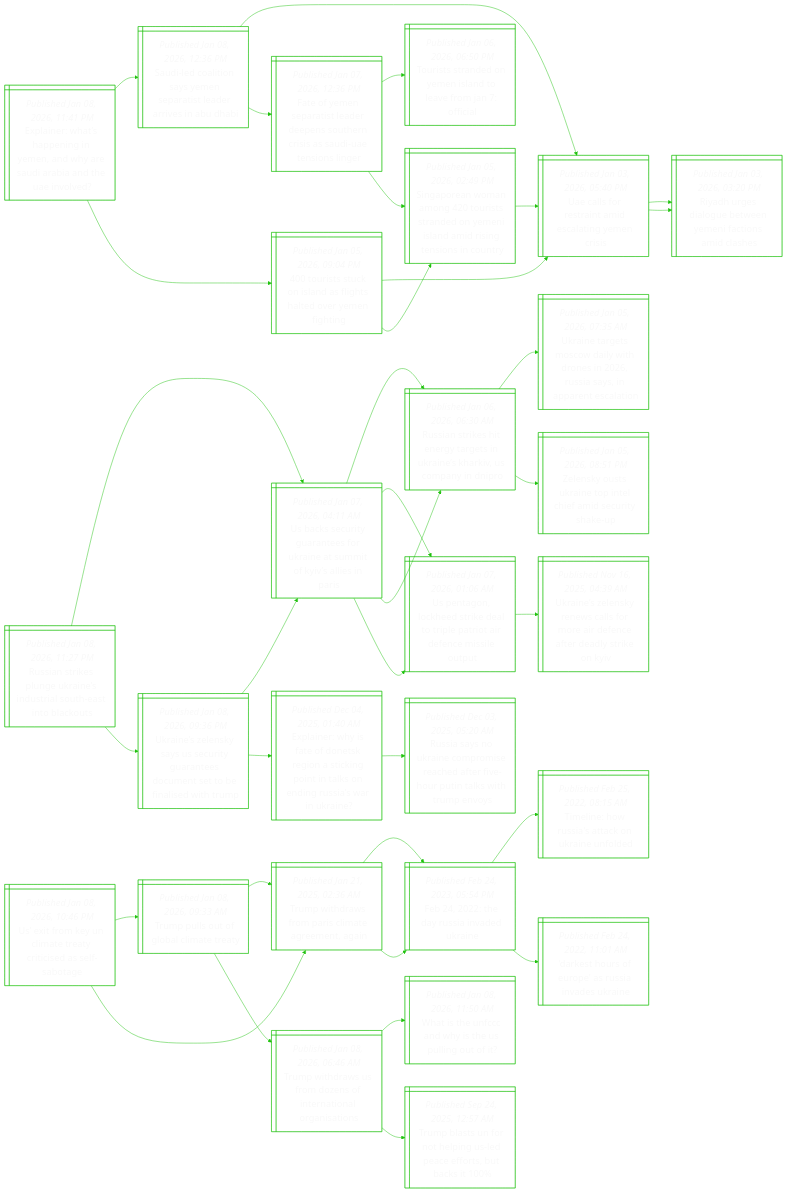
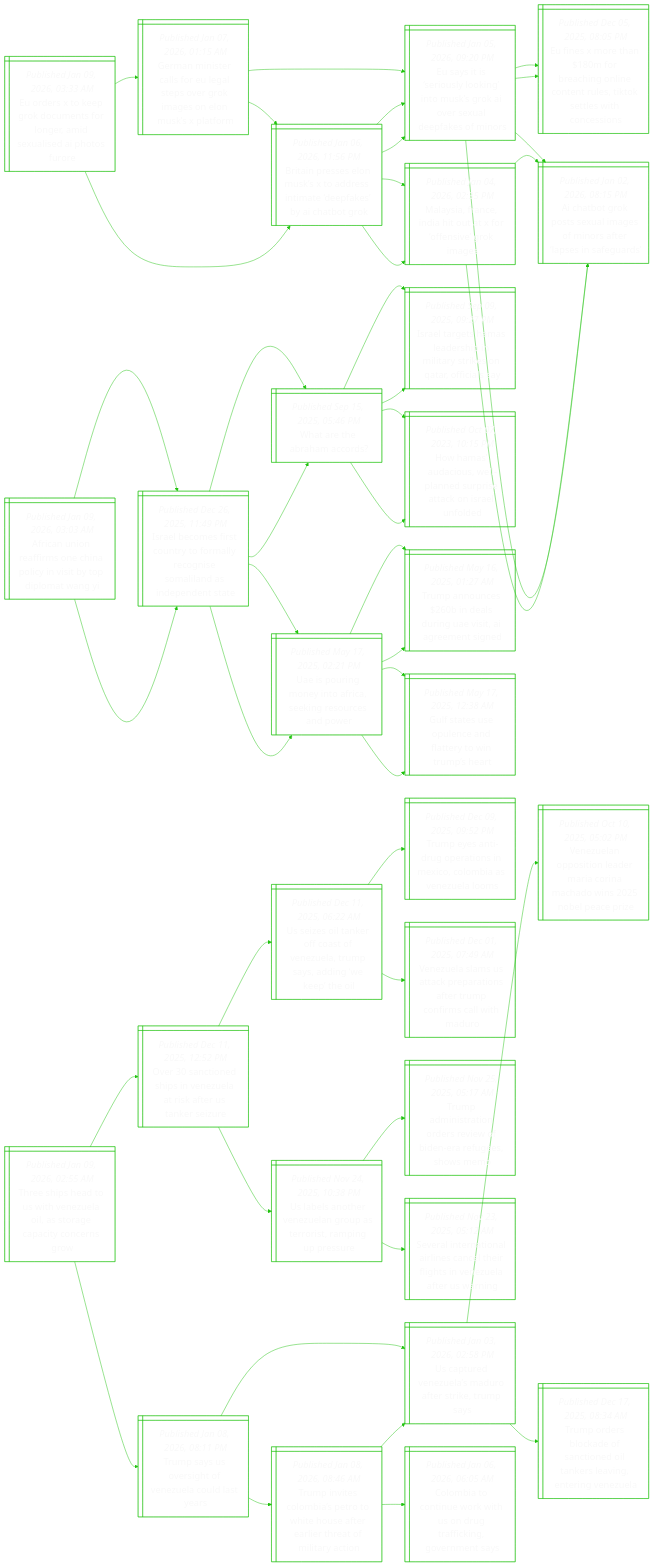
Before and after one commit to notJmes/notJmes: the diagram in README.md, drawn with Mermaid. The commit also changed other lines of this file, not shown here.

````diff
--- a/README.md
+++ b/README.md
@@ -16,115 +16,142 @@
 flowchart LR
 classDef txtsize font-size:20px;
 
-EihaiYayaraene@{ shape: win-pane, label: "_Published Jan 08, 2026, 11:41 PM_
-Explainer: what’s happening in yemen, and why are saudi arabia and the uae involved?" }
-Slaosnrteinh@{ shape: win-pane, label: "_Published Jan 08, 2026, 12:36 PM_
-Saudi-led coalition says yemen separatist leader arrives in abu dhabi" }
-Ulrraster@{ shape: win-pane, label: "_Published Jan 03, 2026, 05:40 PM_
-Uae calls for restraint amid escalating yemen crisis" }
-Rhsoenntals@{ shape: win-pane, label: "_Published Jan 03, 2026, 03:20 PM_
-Riyadh urges dialogue between yemeni factions amid clashes" }
-FfnrteporsSUnse@{ shape: win-pane, label: "_Published Jan 07, 2026, 12:36 PM_
-Fate of yemen separatist leader deepens southern crisis as saudi-uae tensions linger" }
-TsrdmloeJfl@{ shape: win-pane, label: "_Published Jan 06, 2026, 06:50 PM_
-Tourists stranded on yemen island to leave from jan 7: official" }
-Spnngiteeidrgint@{ shape: win-pane, label: "_Published Jan 05, 2026, 02:49 PM_
-Singaporean woman among 420 tourists stranded on yemeni island amid rising tensions in country" }
-tsuidihdYfi@{ shape: win-pane, label: "_Published Jan 05, 2026, 09:04 PM_
-400 tourists stuck on island as flights halted over yemen fighting" }
-Ulrraster@{ shape: win-pane, label: "_Published Jan 03, 2026, 05:40 PM_
-Uae calls for restraint amid escalating yemen crisis" }
-Rhsoenntals@{ shape: win-pane, label: "_Published Jan 03, 2026, 03:20 PM_
-Riyadh urges dialogue between yemeni factions amid clashes" }
-Spnngiteeidrgint@{ shape: win-pane, label: "_Published Jan 05, 2026, 02:49 PM_
-Singaporean woman among 420 tourists stranded on yemeni island amid rising tensions in country" }
-Ulrraster@{ shape: win-pane, label: "_Published Jan 03, 2026, 05:40 PM_
-Uae calls for restraint amid escalating yemen crisis" }
+EeoGonredadou@{ shape: win-pane, label: "_Published Jan 09, 2026, 03:33 AM_
+Eu orders x to keep grok documents for longer, amid sexualised ai photos furore" }
+Bislsoetefbht@{ shape: win-pane, label: "_Published Jan 06, 2026, 11:56 PM_
+Britain presses elon musk’s x to address  intimate ‘deepfakes’ by ai chatbot grok" }
+EssuogMGIslfoo@{ shape: win-pane, label: "_Published Jan 05, 2026, 09:20 PM_
+Eu says it is ‘seriously looking’ into musk’s grok ai over sexual deepfakes of minors" }
+Atrsxmootpngs@{ shape: win-pane, label: "_Published Jan 02, 2026, 08:15 PM_
+Ai chatbot grok posts sexual images of minors after ‘lapses in safeguards’" }
+EernbhncneTtwos@{ shape: win-pane, label: "_Published Dec 05, 2025, 08:05 PM_
+Eu fines x more than $180m for breaching online content rules, tiktok settles with concessions" }
+MsaniarnGm@{ shape: win-pane, label: "_Published Jan 04, 2026, 02:35 PM_
+Malaysia, france, india hit out at x for ‘offensive’ grok images" }
+Atrsxmootpngs@{ shape: win-pane, label: "_Published Jan 02, 2026, 08:15 PM_
+Ai chatbot grok posts sexual images of minors after ‘lapses in safeguards’" }
+Atrsxmootpngs@{ shape: win-pane, label: "_Published Jan 02, 2026, 08:15 PM_
+Ai chatbot grok posts sexual images of minors after ‘lapses in safeguards’" }
+GnsaoetvogEupo@{ shape: win-pane, label: "_Published Jan 07, 2026, 01:15 AM_
+German minister calls for eu legal steps over grok images on elon musk’s x platform" }
+Bislsoetefbht@{ shape: win-pane, label: "_Published Jan 06, 2026, 11:56 PM_
+Britain presses elon musk’s x to address  intimate ‘deepfakes’ by ai chatbot grok" }
+EssuogMGIslfoo@{ shape: win-pane, label: "_Published Jan 05, 2026, 09:20 PM_
+Eu says it is ‘seriously looking’ into musk’s grok ai over sexual deepfakes of minors" }
+MsaniarnGm@{ shape: win-pane, label: "_Published Jan 04, 2026, 02:35 PM_
+Malaysia, france, india hit out at x for ‘offensive’ grok images" }
+EssuogMGIslfoo@{ shape: win-pane, label: "_Published Jan 05, 2026, 09:20 PM_
+Eu says it is ‘seriously looking’ into musk’s grok ai over sexual deepfakes of minors" }
+Atrsxmootpngs@{ shape: win-pane, label: "_Published Jan 02, 2026, 08:15 PM_
+Ai chatbot grok posts sexual images of minors after ‘lapses in safeguards’" }
+EernbhncneTtwos@{ shape: win-pane, label: "_Published Dec 05, 2025, 08:05 PM_
+Eu fines x more than $180m for breaching online content rules, tiktok settles with concessions" }
 
-EihaiYayaraene:::txtsize --> Slaosnrteinh:::txtsize
-Slaosnrteinh:::txtsize --> Ulrraster:::txtsize
-Ulrraster:::txtsize --> Rhsoenntals:::txtsize
-Slaosnrteinh:::txtsize --> FfnrteporsSUnse:::txtsize
-FfnrteporsSUnse:::txtsize --> TsrdmloeJfl:::txtsize
-FfnrteporsSUnse:::txtsize --> Spnngiteeidrgint:::txtsize
-EihaiYayaraene:::txtsize --> tsuidihdYfi:::txtsize
-tsuidihdYfi:::txtsize --> Ulrraster:::txtsize
-Ulrraster:::txtsize --> Rhsoenntals:::txtsize
-tsuidihdYfi:::txtsize --> Spnngiteeidrgint:::txtsize
-Spnngiteeidrgint:::txtsize --> Ulrraster:::txtsize
+EeoGonredadou:::txtsize --> Bislsoetefbht:::txtsize
+Bislsoetefbht:::txtsize --> EssuogMGIslfoo:::txtsize
+EssuogMGIslfoo:::txtsize --> Atrsxmootpngs:::txtsize
+EssuogMGIslfoo:::txtsize --> EernbhncneTtwos:::txtsize
+Bislsoetefbht:::txtsize --> MsaniarnGm:::txtsize
+MsaniarnGm:::txtsize --> Atrsxmootpngs:::txtsize
+MsaniarnGm:::txtsize --> Atrsxmootpngs:::txtsize
+EeoGonredadou:::txtsize --> GnsaoetvogEupo:::txtsize
+GnsaoetvogEupo:::txtsize --> Bislsoetefbht:::txtsize
+Bislsoetefbht:::txtsize --> EssuogMGIslfoo:::txtsize
+Bislsoetefbht:::txtsize --> MsaniarnGm:::txtsize
+GnsaoetvogEupo:::txtsize --> EssuogMGIslfoo:::txtsize
+EssuogMGIslfoo:::txtsize --> Atrsxmootpngs:::txtsize
+EssuogMGIslfoo:::txtsize --> EernbhncneTtwos:::txtsize
 
-RailUndiusok@{ shape: win-pane, label: "_Published Jan 08, 2026, 11:27 PM_
-Russian strikes plunge ukraine’s industrial south-east into blackouts" }
-UkugnframKasr@{ shape: win-pane, label: "_Published Jan 07, 2026, 04:11 AM_
-Us backs security guarantees for ukraine at summit of kyiv’s allies in paris" }
-RaiirriaKioyi@{ shape: win-pane, label: "_Published Jan 06, 2026, 06:30 AM_
-Russian strikes hit energy targets in ukraine’s kharkiv, us company in dnipro" }
-Ungodwrisypnao@{ shape: win-pane, label: "_Published Jan 05, 2026, 07:35 AM_
-Ukraine targets moscow daily with drones in 2026, russia says, in apparent escalation" }
-Zssrttiiusu@{ shape: win-pane, label: "_Published Jan 05, 2026, 08:51 PM_
-Zelensky ousts ukraine top intel chief amid security shake-up" }
-UtLereteirnsot@{ shape: win-pane, label: "_Published Jan 07, 2026, 01:06 AM_
-Us pentagon, lockheed strike deal to triple patriot air defence missile output" }
-Unlywlmiefesei@{ shape: win-pane, label: "_Published Nov 16, 2025, 04:39 AM_
-Ukraine’s zelensky renews calls for more air defence after deadly strike on kyiv" }
-UnlyUugndetfiiu@{ shape: win-pane, label: "_Published Jan 08, 2026, 09:36 PM_
-Ukraine’s zelensky says us security guarantees document set to be finalised with trump" }
-UkugnframKasr@{ shape: win-pane, label: "_Published Jan 07, 2026, 04:11 AM_
-Us backs security guarantees for ukraine at summit of kyiv’s allies in paris" }
-RaiirriaKioyi@{ shape: win-pane, label: "_Published Jan 06, 2026, 06:30 AM_
-Russian strikes hit energy targets in ukraine’s kharkiv, us company in dnipro" }
-UtLereteirnsot@{ shape: win-pane, label: "_Published Jan 07, 2026, 01:06 AM_
-Us pentagon, lockheed strike deal to triple patriot air defence missile output" }
-EihaDsitnnannsake@{ shape: win-pane, label: "_Published Dec 04, 2025, 01:40 AM_
-Explainer: why is fate of donetsk region a sticking point in talks on ending russia’s war in ukraine?" }
-Ranaomedrhuaiuv@{ shape: win-pane, label: "_Published Dec 03, 2025, 05:20 AM_
-Russia says no ukraine compromise reached after five-hour putin talks with trump envoys" }
+AaofshoiiolWi@{ shape: win-pane, label: "_Published Jan 09, 2026, 03:03 AM_
+African union reaffirms one china policy in visit by top diplomat wang yi" }
+Ilmrutmrnolspnt@{ shape: win-pane, label: "_Published Dec 26, 2025, 11:49 PM_
+Israel becomes first country to formally recognise somaliland as independent state" }
+WrAao@{ shape: win-pane, label: "_Published Sep 15, 2025, 05:46 PM_
+What are the abraham accords?" }
+Ilemahmaroais@{ shape: win-pane, label: "_Published Sep 09, 2025, 09:27 PM_
+Israel targets hamas leadership in military strikes on qatar, officials say" }
+Hmdulnrecsud@{ shape: win-pane, label: "_Published Oct 07, 2023, 10:15 PM_
+How hamas’ audacious, well-planned surprise attack on israel unfolded" }
+Upneockecdr@{ shape: win-pane, label: "_Published May 17, 2025, 02:21 PM_
+Uae is pouring money into africa, seeking resources and power" }
+TaniliEtrnn@{ shape: win-pane, label: "_Published May 16, 2025, 01:27 AM_
+Trump announces $260b in deals during uae visit, ai agreement signed" }
+Gtuuelrima@{ shape: win-pane, label: "_Published May 17, 2025, 12:38 AM_
+Gulf states use opulence and flattery to win trump’s heart" }
+Ilmrutmrnolspnt@{ shape: win-pane, label: "_Published Dec 26, 2025, 11:49 PM_
+Israel becomes first country to formally recognise somaliland as independent state" }
+WrAao@{ shape: win-pane, label: "_Published Sep 15, 2025, 05:46 PM_
+What are the abraham accords?" }
+Ilemahmaroais@{ shape: win-pane, label: "_Published Sep 09, 2025, 09:27 PM_
+Israel targets hamas leadership in military strikes on qatar, officials say" }
+Hmdulnrecsud@{ shape: win-pane, label: "_Published Oct 07, 2023, 10:15 PM_
+How hamas’ audacious, well-planned surprise attack on israel unfolded" }
+Upneockecdr@{ shape: win-pane, label: "_Published May 17, 2025, 02:21 PM_
+Uae is pouring money into africa, seeking resources and power" }
+TaniliEtrnn@{ shape: win-pane, label: "_Published May 16, 2025, 01:27 AM_
+Trump announces $260b in deals during uae visit, ai agreement signed" }
+Gtuuelrima@{ shape: win-pane, label: "_Published May 17, 2025, 12:38 AM_
+Gulf states use opulence and flattery to win trump’s heart" }
 
-RailUndiusok:::txtsize --> UkugnframKasr:::txtsize
-UkugnframKasr:::txtsize --> RaiirriaKioyi:::txtsize
-RaiirriaKioyi:::txtsize --> Ungodwrisypnao:::txtsize
-RaiirriaKioyi:::txtsize --> Zssrttiiusu:::txtsize
-UkugnframKasr:::txtsize --> UtLereteirnsot:::txtsize
-UtLereteirnsot:::txtsize --> Unlywlmiefesei:::txtsize
-RailUndiusok:::txtsize --> UnlyUugndetfiiu:::txtsize
-UnlyUugndetfiiu:::txtsize --> UkugnframKasr:::txtsize
-UkugnframKasr:::txtsize --> RaiirriaKioyi:::txtsize
-UkugnframKasr:::txtsize --> UtLereteirnsot:::txtsize
-UnlyUugndetfiiu:::txtsize --> EihaDsitnnannsake:::txtsize
-EihaDsitnnannsake:::txtsize --> Ranaomedrhuaiuv:::txtsize
+AaofshoiiolWi:::txtsize --> Ilmrutmrnolspnt:::txtsize
+Ilmrutmrnolspnt:::txtsize --> WrAao:::txtsize
+WrAao:::txtsize --> Ilemahmaroais:::txtsize
+WrAao:::txtsize --> Hmdulnrecsud:::txtsize
+Ilmrutmrnolspnt:::txtsize --> Upneockecdr:::txtsize
+Upneockecdr:::txtsize --> TaniliEtrnn:::txtsize
+Upneockecdr:::txtsize --> Gtuuelrima:::txtsize
+AaofshoiiolWi:::txtsize --> Ilmrutmrnolspnt:::txtsize
+Ilmrutmrnolspnt:::txtsize --> WrAao:::txtsize
+WrAao:::txtsize --> Ilemahmaroais:::txtsize
+WrAao:::txtsize --> Hmdulnrecsud:::txtsize
+Ilmrutmrnolspnt:::txtsize --> Upneockecdr:::txtsize
+Upneockecdr:::txtsize --> TaniliEtrnn:::txtsize
+Upneockecdr:::txtsize --> Gtuuelrima:::txtsize
 
-Utkctaissag@{ shape: win-pane, label: "_Published Jan 08, 2026, 10:46 PM_
-Us’ exit from key un climate treaty criticised as self-sabotage" }
-Tpoglae@{ shape: win-pane, label: "_Published Jan 08, 2026, 09:33 AM_
-Trump pulls out of global climate treaty" }
-Twrrriamg@{ shape: win-pane, label: "_Published Jan 21, 2025, 02:36 AM_
-Trump withdraws from paris climate agreement, again" }
-Feuiea@{ shape: win-pane, label: "_Published Feb 24, 2023, 05:54 PM_
-Feb 24, 2022: the day russia invaded ukraine" }
-TwrSdsttlni@{ shape: win-pane, label: "_Published Jan 08, 2026, 06:46 AM_
-Trump withdraws us from dozens of international organisations" }
-WsNayeloi@{ shape: win-pane, label: "_Published Jan 08, 2026, 11:50 AM_
-What is the unfccc and why is the us pulling out of it?" }
-Tbsregderts@{ shape: win-pane, label: "_Published Sep 24, 2025, 12:57 AM_
-Trump blasts un for not helping us-led peace efforts, but backs it 100%" }
-Twrrriamg@{ shape: win-pane, label: "_Published Jan 21, 2025, 02:36 AM_
-Trump withdraws from paris climate agreement, again" }
-Feuiea@{ shape: win-pane, label: "_Published Feb 24, 2023, 05:54 PM_
-Feb 24, 2022: the day russia invaded ukraine" }
-Tiwitnifd@{ shape: win-pane, label: "_Published Feb 25, 2022, 08:15 AM_
-Timeline: how russia's attack on ukraine unfolded" }
-DsruasvUn@{ shape: win-pane, label: "_Published Feb 24, 2022, 11:01 AM_
-'darkest hours of europe' as russia invades ukraine" }
+Tshoteasapyer@{ shape: win-pane, label: "_Published Jan 09, 2026, 02:55 AM_
+Three ships head to us with venezuela oil, as storage capacity concerns grow" }
+Oaohnzakrnee@{ shape: win-pane, label: "_Published Dec 11, 2025, 12:52 PM_
+Over 30 sanctioned ships in venezuela at risk after us tanker seizure" }
+Uzlecoeapageo@{ shape: win-pane, label: "_Published Dec 11, 2025, 06:22 AM_
+Us seizes oil tanker off coast of venezuela, trump says, adding ‘we keep’ the oil" }
+TenurneCbVuo@{ shape: win-pane, label: "_Published Dec 09, 2025, 09:52 PM_
+Trump eyes anti-drug operations in mexico, colombia as venezuela looms" }
+VulScpifromlMo@{ shape: win-pane, label: "_Published Dec 01, 2025, 07:49 AM_
+Venezuela slams us attack preparations after trump confirms call with maduro" }
+UeoVugartipu@{ shape: win-pane, label: "_Published Nov 24, 2025, 10:38 PM_
+Us labels another venezuelan group as terrorist, ramping up pressure" }
+Taitrrwdaghe@{ shape: win-pane, label: "_Published Nov 25, 2025, 05:17 AM_
+Trump administration orders review of biden-era refugees, shows memo" }
+Saeiannhlsnleag@{ shape: win-pane, label: "_Published Nov 23, 2025, 05:12 AM_
+Several international airlines cancel their flights in venezuela after us warning" }
+TsSsoeady@{ shape: win-pane, label: "_Published Jan 08, 2026, 08:11 PM_
+Trump says us oversight of venezuela could last years" }
+Tieosoiutrttlyo@{ shape: win-pane, label: "_Published Jan 08, 2026, 08:46 AM_
+Trump invites colombia’s petro to white house after earlier threat of military action" }
+UtVuMorkms@{ shape: win-pane, label: "_Published Jan 03, 2026, 02:58 PM_
+Us captured venezuela’s maduro after strike, trump says" }
+Cbcnrhdrcgns@{ shape: win-pane, label: "_Published Jan 06, 2026, 06:05 AM_
+Colombia to continue work with us on drug trafficking, government says" }
+UtVuMorkms@{ shape: win-pane, label: "_Published Jan 03, 2026, 02:58 PM_
+Us captured venezuela’s maduro after strike, trump says" }
+Vuoilranhibai@{ shape: win-pane, label: "_Published Oct 10, 2025, 05:02 PM_
+Venezuelan opposition leader maria corina machado wins 2025 nobel peace prize" }
+Toskftdasitgz@{ shape: win-pane, label: "_Published Dec 17, 2025, 08:34 AM_
+Trump orders blockade of sanctioned oil tankers leaving, entering venezuela" }
 
-Utkctaissag:::txtsize --> Tpoglae:::txtsize
-Tpoglae:::txtsize --> Twrrriamg:::txtsize
-Twrrriamg:::txtsize --> Feuiea:::txtsize
-Tpoglae:::txtsize --> TwrSdsttlni:::txtsize
-TwrSdsttlni:::txtsize --> WsNayeloi:::txtsize
-TwrSdsttlni:::txtsize --> Tbsregderts:::txtsize
-Utkctaissag:::txtsize --> Twrrriamg:::txtsize
-Twrrriamg:::txtsize --> Feuiea:::txtsize
-Feuiea:::txtsize --> Tiwitnifd:::txtsize
-Feuiea:::txtsize --> DsruasvUn:::txtsize
+Tshoteasapyer:::txtsize --> Oaohnzakrnee:::txtsize
+Oaohnzakrnee:::txtsize --> Uzlecoeapageo:::txtsize
+Uzlecoeapageo:::txtsize --> TenurneCbVuo:::txtsize
+Uzlecoeapageo:::txtsize --> VulScpifromlMo:::txtsize
+Oaohnzakrnee:::txtsize --> UeoVugartipu:::txtsize
+UeoVugartipu:::txtsize --> Taitrrwdaghe:::txtsize
+UeoVugartipu:::txtsize --> Saeiannhlsnleag:::txtsize
+Tshoteasapyer:::txtsize --> TsSsoeady:::txtsize
+TsSsoeady:::txtsize --> Tieosoiutrttlyo:::txtsize
+Tieosoiutrttlyo:::txtsize --> UtVuMorkms:::txtsize
+Tieosoiutrttlyo:::txtsize --> Cbcnrhdrcgns:::txtsize
+TsSsoeady:::txtsize --> UtVuMorkms:::txtsize
+UtVuMorkms:::txtsize --> Vuoilranhibai:::txtsize
+UtVuMorkms:::txtsize --> Toskftdasitgz:::txtsize
 
 ```
````
